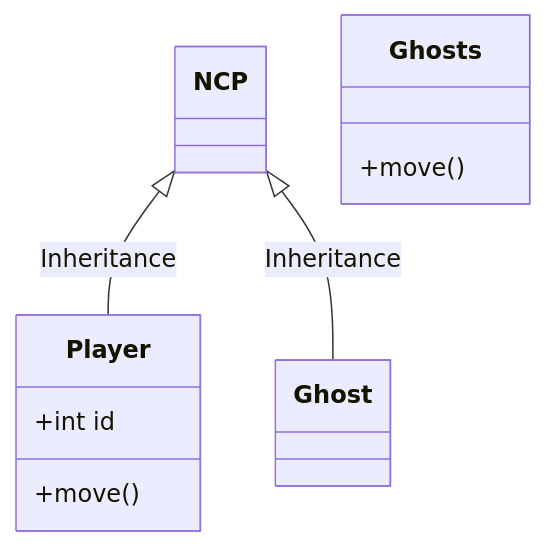
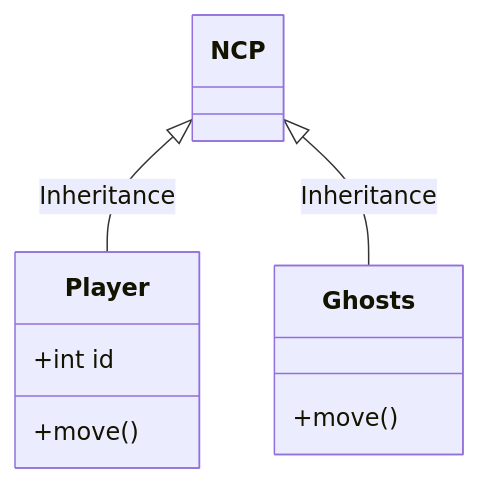
The diagram in README.md (calbertofilho/PycMan), drawn with Mermaid before and after one commit.

Commit message:
Update: 18-07-2023

````diff
--- a/README.md
+++ b/README.md
@@ -29,12 +29,12 @@
 ```mermaid
 classDiagram
     NCP <|-- Player: Inheritance
-    NCP <|-- Ghost: Inheritance
+    NCP <|-- Ghosts: Inheritance
 
     Player : +int id
     Player : +move()
 
     class Ghosts {
         +move()
     }
 ```
````
